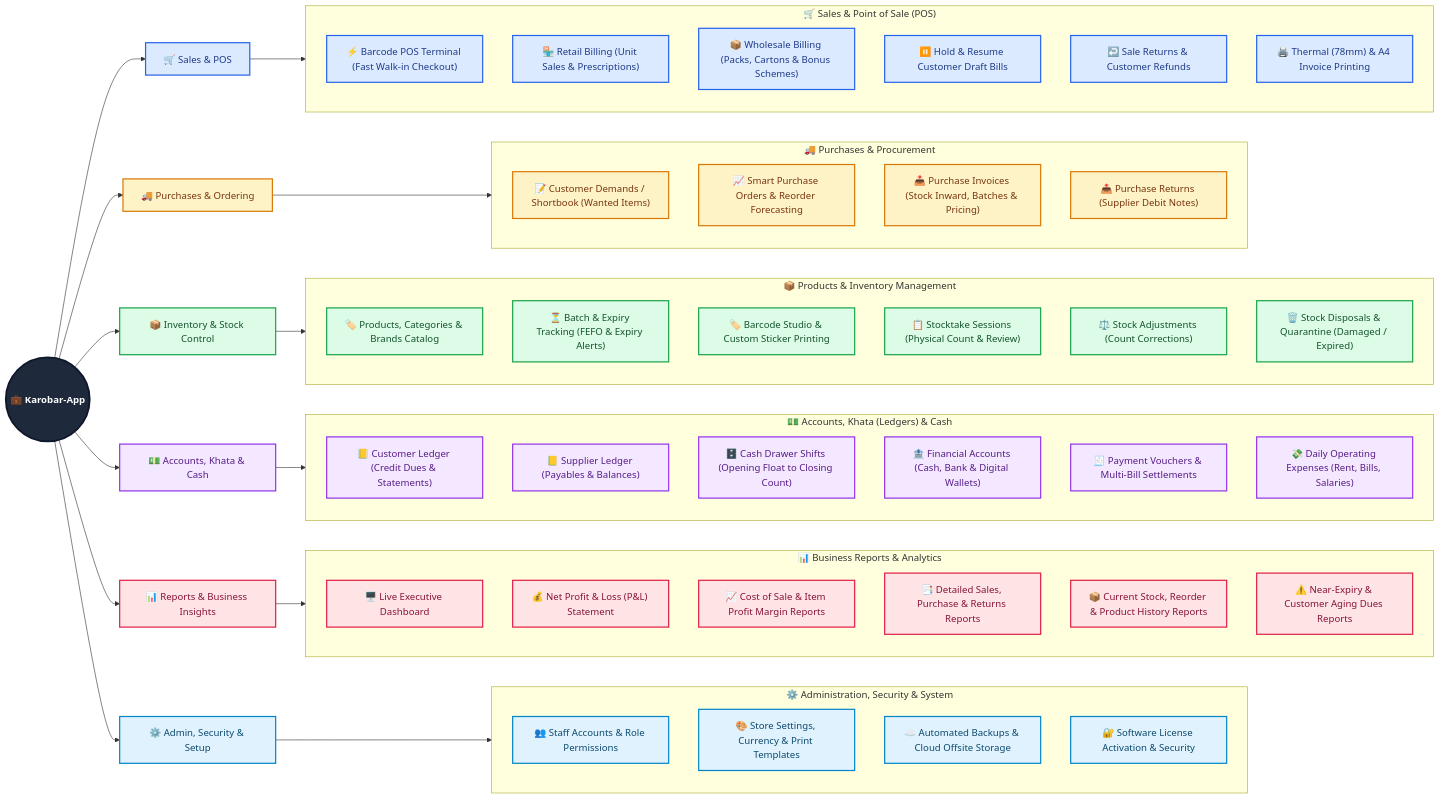
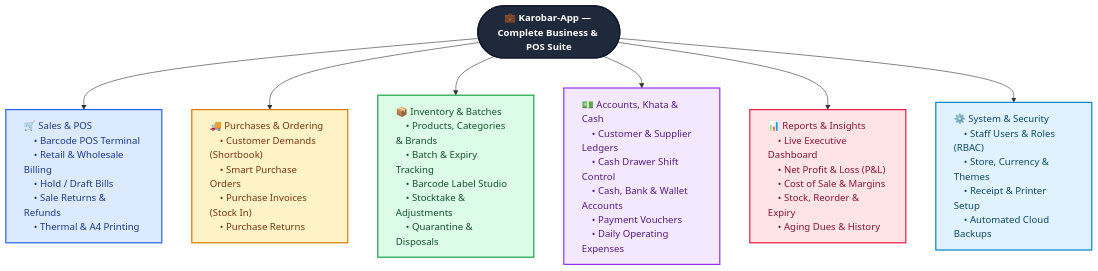
Before and after one commit to shzdasim/Karobar-App: the diagram in README.md, drawn with Mermaid. The commit also changed other lines of this file and 3 other files, not shown here.

````diff
--- a/README.md
+++ b/README.md
@@ -31,97 +31,67 @@
 ```mermaid
-flowchart LR
-    ROOT(("💼 Karobar-App"))
+flowchart TD
+    ROOT(["💼 Karobar-App — Complete Business & POS Suite"])
 
-    %% Main Pillars
-    ROOT --> SALES["🛒 Sales & POS"]
-    ROOT --> PURCHASES["🚚 Purchases & Ordering"]
-    ROOT --> INVENTORY["📦 Inventory & Stock Control"]
-    ROOT --> FINANCE["💵 Accounts, Khata & Cash"]
-    ROOT --> REPORTS["📊 Reports & Business Insights"]
-    ROOT --> ADMIN["⚙️ Admin, Security & Setup"]
+    ROOT --> SALES
+    ROOT --> PURCHASES
+    ROOT --> INVENTORY
+    ROOT --> FINANCE
+    ROOT --> REPORTS
+    ROOT --> ADMIN
 
-    %% 1. Sales & POS
-    subgraph SG_SALES["🛒 Sales & Point of Sale (POS)"]
-        direction TB
-        S1["⚡ Barcode POS Terminal (Fast Walk-in Checkout)"]
-        S2["🏪 Retail Billing (Unit Sales & Prescriptions)"]
-        S3["📦 Wholesale Billing (Packs, Cartons & Bonus Schemes)"]
-        S4["⏸️ Hold & Resume Customer Draft Bills"]
-        S5["↩️ Sale Returns & Customer Refunds"]
-        S6["🖨️ Thermal (78mm) & A4 Invoice Printing"]
-    end
-    SALES --> SG_SALES
+    SALES["🛒 Sales & POS
+    • Barcode POS Terminal
+    • Retail & Wholesale Billing
+    • Hold / Draft Bills
+    • Sale Returns & Refunds
+    • Thermal & A4 Printing"]
 
-    %% 2. Purchases & Ordering
-    subgraph SG_PURCHASES["🚚 Purchases & Procurement"]
-        direction TB
-        P1["📝 Customer Demands / Shortbook (Wanted Items)"]
-        P2["📈 Smart Purchase Orders & Reorder Forecasting"]
-        P3["📥 Purchase Invoices (Stock Inward, Batches & Pricing)"]
-        P4["📤 Purchase Returns (Supplier Debit Notes)"]
-    end
-    PURCHASES --> SG_PURCHASES
+    PURCHASES["🚚 Purchases & Ordering
+    • Customer Demands (Shortbook)
+    • Smart Purchase Orders
+    • Purchase Invoices (Stock In)
+    • Purchase Returns"]
 
-    %% 3. Inventory & Stock Control
-    subgraph SG_INVENTORY["📦 Products & Inventory Management"]
-        direction TB
-        I1["🏷️ Products, Categories & Brands Catalog"]
-        I2["⏳ Batch & Expiry Tracking (FEFO & Expiry Alerts)"]
-        I3["🏷️ Barcode Studio & Custom Sticker Printing"]
-        I4["📋 Stocktake Sessions (Physical Count & Review)"]
-        I5["⚖️ Stock Adjustments (Count Corrections)"]
-        I6["🗑️ Stock Disposals & Quarantine (Damaged / Expired)"]
-    end
-    INVENTORY --> SG_INVENTORY
+    INVENTORY["📦 Inventory & Batches
+    • Products, Categories & Brands
+    • Batch & Expiry Tracking
+    • Barcode Label Studio
+    • Stocktake & Adjustments
+    • Quarantine & Disposals"]
 
-    %% 4. Accounts, Khata & Cash
-    subgraph SG_FINANCE["💵 Accounts, Khata (Ledgers) & Cash"]
-        direction TB
-        F1["📒 Customer Ledger (Credit Dues & Statements)"]
-        F2["📒 Supplier Ledger (Payables & Balances)"]
-        F3["🗄️ Cash Drawer Shifts (Opening Float to Closing Count)"]
-        F4["🏦 Financial Accounts (Cash, Bank & Digital Wallets)"]
-        F5["🧾 Payment Vouchers & Multi-Bill Settlements"]
-        F6["💸 Daily Operating Expenses (Rent, Bills, Salaries)"]
-    end
-    FINANCE --> SG_FINANCE
+    FINANCE["💵 Accounts, Khata & Cash
+    • Customer & Supplier Ledgers
+    • Cash Drawer Shift Control
+    • Cash, Bank & Wallet Accounts
+    • Payment Vouchers
+    • Daily Operating Expenses"]
 
-    %% 5. Reports & Business Insights
-    subgraph SG_REPORTS["📊 Business Reports & Analytics"]
-        direction TB
-        R1["🖥️ Live Executive Dashboard"]
-        R2["💰 Net Profit & Loss (P&L) Statement"]
-        R3["📈 Cost of Sale & Item Profit Margin Reports"]
-        R4["📑 Detailed Sales, Purchase & Returns Reports"]
-        R5["📦 Current Stock, Reorder & Product History Reports"]
-        R6["⚠️ Near-Expiry & Customer Aging Dues Reports"]
-    end
-    REPORTS --> SG_REPORTS
+    REPORTS["📊 Reports & Insights
+    • Live Executive Dashboard
+    • Net Profit & Loss (P&L)
+    • Cost of Sale & Margins
+    • Stock, Reorder & Expiry
+    • Aging Dues & History"]
 
-    %% 6. Admin, Security & System
-    subgraph SG_ADMIN["⚙️ Administration, Security & System"]
-        direction TB
-        A1["👥 Staff Accounts & Role Permissions"]
-        A2["🎨 Store Settings, Currency & Print Templates"]
-        A3["☁️ Automated Backups & Cloud Offsite Storage"]
-        A4["🔐 Software License Activation & Security"]
-    end
-    ADMIN --> SG_ADMIN
+    ADMIN["⚙️ System & Security
+    • Staff Users & Roles (RBAC)
+    • Store, Currency & Themes
+    • Receipt & Printer Setup
+    • Automated Cloud Backups"]
 
-    %% Styling for Visual Clarity
-    classDef rootStyle fill:#1e293b,stroke:#0f172a,stroke-width:3px,color:#ffffff,font-weight:bold
-    classDef salesStyle fill:#dbeafe,stroke:#2563eb,stroke-width:2px,color:#1e3a8a
-    classDef purchaseStyle fill:#fef3c7,stroke:#d97706,stroke-width:2px,color:#78350f
-    classDef inventoryStyle fill:#dcfce7,stroke:#16a34a,stroke-width:2px,color:#14532d
-    classDef financeStyle fill:#f3e8ff,stroke:#9333ea,stroke-width:2px,color:#581c87
-    classDef reportStyle fill:#ffe4e6,stroke:#e11d48,stroke-width:2px,color:#881337
-    classDef adminStyle fill:#e0f2fe,stroke:#0284c7,stroke-width:2px,color:#0c4a6e
+    classDef rootStyle fill:#1e293b,stroke:#0f172a,stroke-width:2px,color:#ffffff,font-weight:bold
+    classDef salesStyle fill:#dbeafe,stroke:#2563eb,stroke-width:2px,color:#1e3a8a,text-align:left
+    classDef purchaseStyle fill:#fef3c7,stroke:#d97706,stroke-width:2px,color:#78350f,text-align:left
+    classDef inventoryStyle fill:#dcfce7,stroke:#16a34a,stroke-width:2px,color:#14532d,text-align:left
+    classDef financeStyle fill:#f3e8ff,stroke:#9333ea,stroke-width:2px,color:#581c87,text-align:left
+    classDef reportStyle fill:#ffe4e6,stroke:#e11d48,stroke-width:2px,color:#881337,text-align:left
+    classDef adminStyle fill:#e0f2fe,stroke:#0284c7,stroke-width:2px,color:#0c4a6e,text-align:left
 
     class ROOT rootStyle
-    class SALES,S1,S2,S3,S4,S5,S6 salesStyle
-    class PURCHASES,P1,P2,P3,P4 purchaseStyle
-    class INVENTORY,I1,I2,I3,I4,I5,I6 inventoryStyle
-    class FINANCE,F1,F2,F3,F4,F5,F6 financeStyle
-    class REPORTS,R1,R2,R3,R4,R5,R6 reportStyle
-    class ADMIN,A1,A2,A3,A4 adminStyle
+    class SALES salesStyle
+    class PURCHASES purchaseStyle
+    class INVENTORY inventoryStyle
+    class FINANCE financeStyle
+    class REPORTS reportStyle
+    class ADMIN adminStyle
 ```
````
